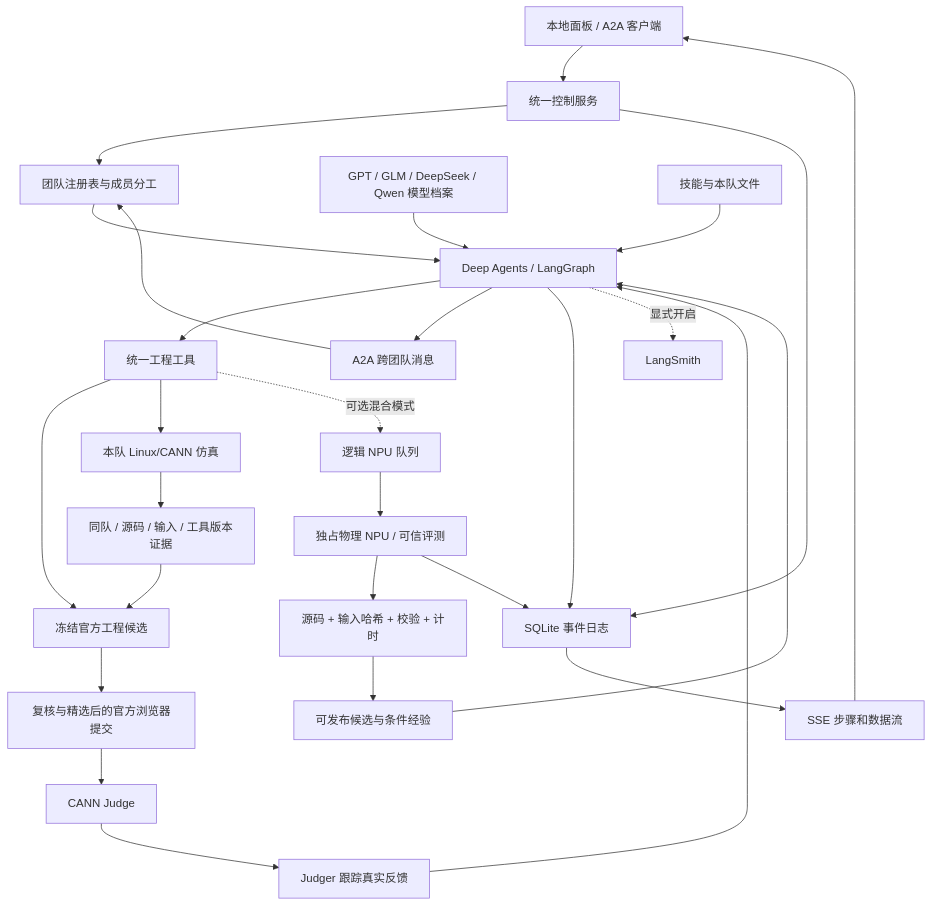
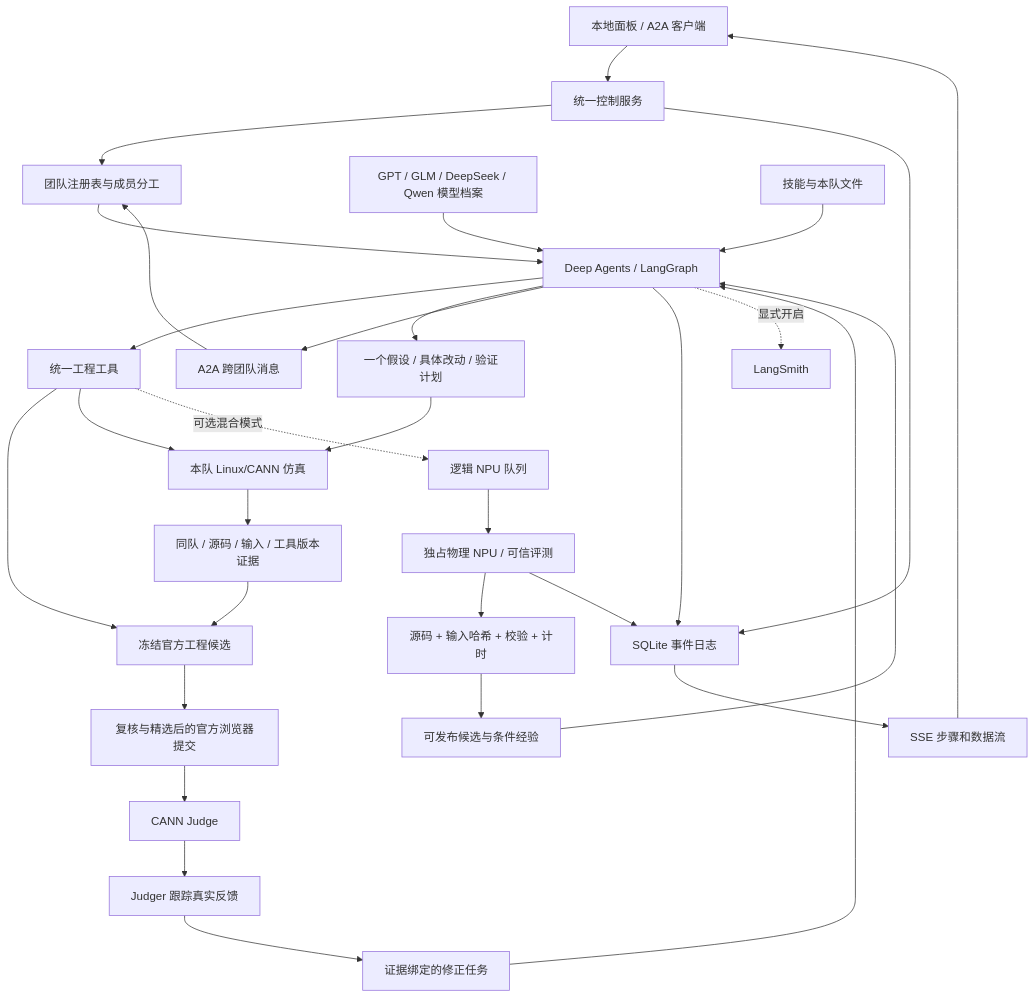
The diagram in docs/architecture.md (wuooo339/JustKernel), drawn with Mermaid before and after one commit. The commit also changed other lines of this file and 18 other files, not shown here.

````diff
--- a/docs/architecture.md
+++ b/docs/architecture.md
@@ -5,30 +5,33 @@
 ```mermaid
 flowchart TD
   UI[本地面板 / A2A 客户端] --> C[统一控制服务]
   C --> R[团队注册表与成员分工]
   R --> D[Deep Agents / LangGraph]
   P[GPT / GLM / DeepSeek / Qwen 模型档案] --> D
   K[技能与本队文件] --> D
   D --> T[统一工程工具]
   T --> ZIP[冻结官方工程候选]
   T --> SIM[本队 Linux/CANN 仿真]
   SIM --> EV[同队 / 源码 / 输入 / 工具版本证据]
   EV --> ZIP
   ZIP --> B[复核与精选后的官方浏览器提交]
   B --> CJ[CANN Judge]
   CJ --> JM[Judger 跟踪真实反馈]
-  JM --> D
+  JM --> RP[证据绑定的修正任务]
+  RP --> D
+  D --> HP[一个假设 / 具体改动 / 验证计划]
+  HP --> SIM
   T -. 可选混合模式 .-> Q[逻辑 NPU 队列]
   Q --> N[独占物理 NPU / 可信评测]
   N --> E[源码 + 输入哈希 + 校验 + 计时]
   E --> S[可发布候选与条件经验]
   S --> D
   D --> M[A2A 跨团队消息]
   M --> R
   C --> J[SQLite 事件日志]
   D --> J
   N --> J
   J --> SSE[SSE 步骤和数据流]
   SSE --> UI
   D -. 显式开启 .-> LS[LangSmith]
 ```
````
